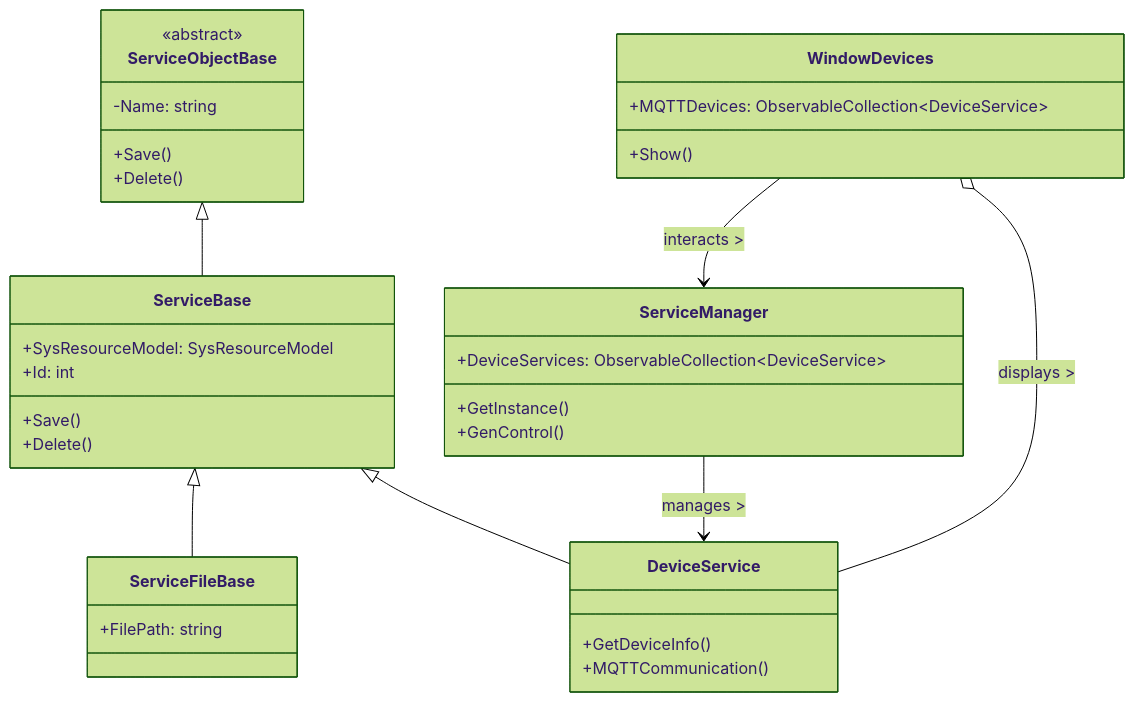
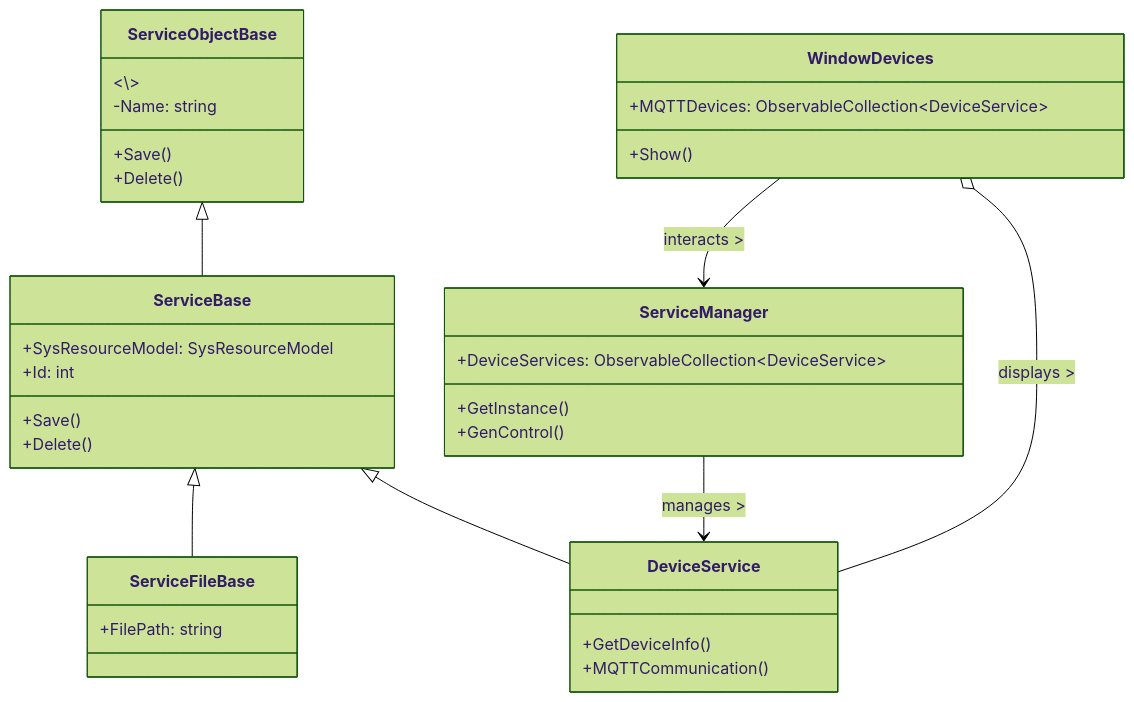
Before and after one commit to xincheng213618/scgd_general_wpf: the second of 2 diagrams in docs/device-management/device-services-overview/设备服务概览.md, drawn with Mermaid (forest theme). The commit also changed other lines of this file and 70 other files, not shown here.

````diff
--- a/docs/device-management/device-services-overview/设备服务概览.md
+++ b/docs/device-management/device-services-overview/设备服务概览.md
@@ -106,38 +106,38 @@
 ```mermaid
 classDiagram
     class ServiceObjectBase {
-        <<abstract>>
+        <\<abstract>\>
         +Save()
         +Delete()
         -Name: string
     }
     class ServiceBase {
         +SysResourceModel: SysResourceModel
         +Id: int
         +Save()
         +Delete()
     }
     class ServiceFileBase {
         +FilePath: string
     }
     class DeviceService {
         +GetDeviceInfo()
         +MQTTCommunication()
     }
     class ServiceManager {
         +DeviceServices: ObservableCollection~DeviceService~
         +GetInstance()
         +GenControl()
     }
     class WindowDevices {
         +MQTTDevices: ObservableCollection~DeviceService~
         +Show()
     }
 
     ServiceBase <|-- ServiceFileBase
     ServiceObjectBase <|-- ServiceBase
     ServiceBase <|-- DeviceService
     ServiceManager --> DeviceService : manages >
     WindowDevices --> ServiceManager : interacts >
     WindowDevices o-- DeviceService : displays >
 ```
````
